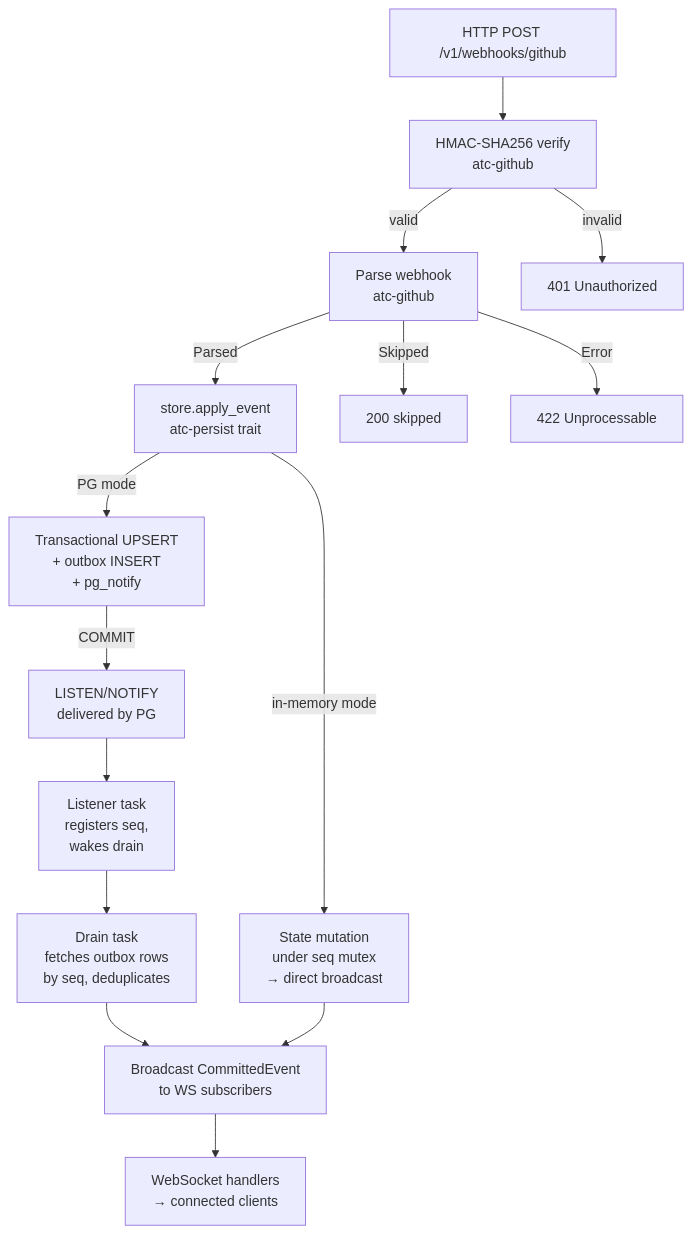
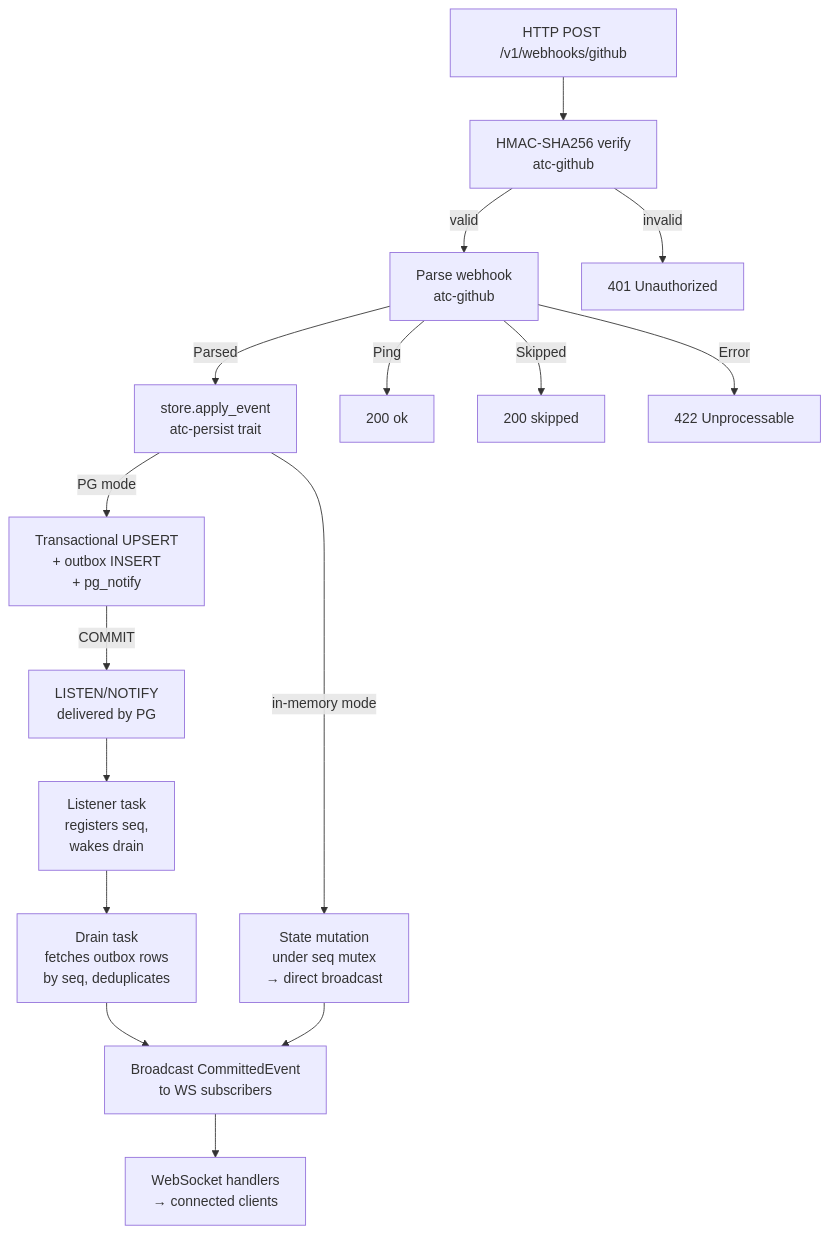
The second of 5 diagrams in docs/architecture/backend-server.md (bojanrajkovic/atc), drawn with Mermaid before and after one commit. The commit also changed other lines of this file and 10 other files, not shown here.

First line of the commit message:
feat: log ping / parse-failure / state-transition webhook events (#372)

````diff
--- a/docs/architecture/backend-server.md
+++ b/docs/architecture/backend-server.md
@@ -47,17 +47,18 @@
 ```mermaid
 flowchart TD
     POST["HTTP POST /v1/webhooks/github"] --> HMAC["HMAC-SHA256 verify\natc-github"]
     HMAC -->|valid| PARSE["Parse webhook\natc-github"]
     HMAC -->|invalid| R401["401 Unauthorized"]
     PARSE -->|Parsed| APPLY["store.apply_event\natc-persist trait"]
+    PARSE -->|Ping| R200P["200 ok"]
     PARSE -->|Skipped| R200S["200 skipped"]
     PARSE -->|Error| R422["422 Unprocessable"]
     APPLY -->|PG mode| TXN["Transactional UPSERT\n+ outbox INSERT\n+ pg_notify"]
     APPLY -->|in-memory mode| MEM["State mutation\nunder seq mutex\n→ direct broadcast"]
     TXN -->|COMMIT| NOTIFY["LISTEN/NOTIFY\ndelivered by PG"]
     NOTIFY --> LISTENER["Listener task\nregisters seq,\nwakes drain"]
     LISTENER --> DRAIN["Drain task\nfetches outbox rows\nby seq, deduplicates"]
     DRAIN --> BCAST["Broadcast CommittedEvent\nto WS subscribers"]
     MEM --> BCAST
     BCAST --> WS["WebSocket handlers\n→ connected clients"]
 ```
````
